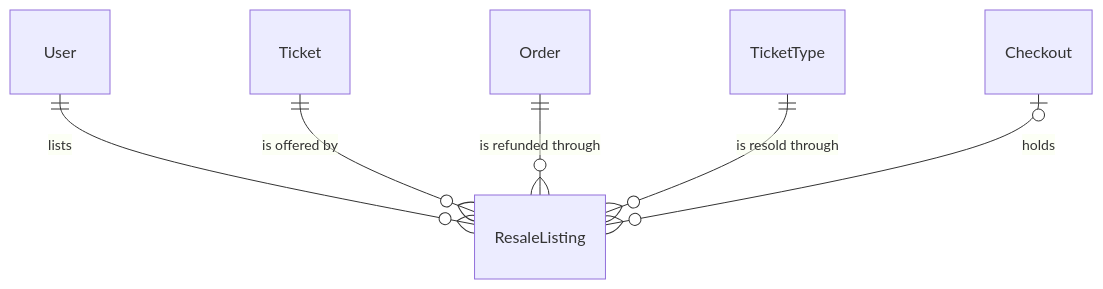
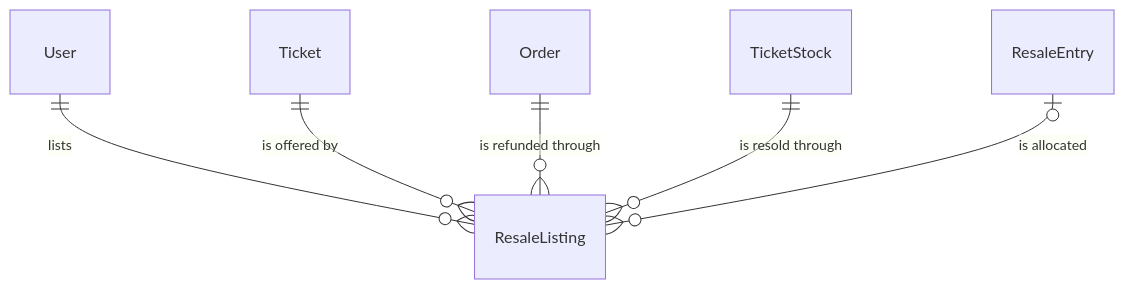
Before and after one commit to liverty-music/specification: the first of 2 diagrams in openspec/specs/components/entity/resale-listing/spec.md, drawn with Mermaid. The commit also changed other lines of this file and 18 other files, not shown here.

````diff
--- a/openspec/specs/components/entity/resale-listing/spec.md
+++ b/openspec/specs/components/entity/resale-listing/spec.md
@@ -23,8 +23,8 @@
 ```mermaid
 erDiagram
   User ||--o{ ResaleListing : "lists"
   Ticket ||--o{ ResaleListing : "is offered by"
   Order ||--o{ ResaleListing : "is refunded through"
-  TicketType ||--o{ ResaleListing : "is resold through"
-  Checkout |o--o{ ResaleListing : "holds"
+  TicketStock ||--o{ ResaleListing : "is resold through"
+  ResaleEntry |o--o{ ResaleListing : "is allocated"
 ```
````
